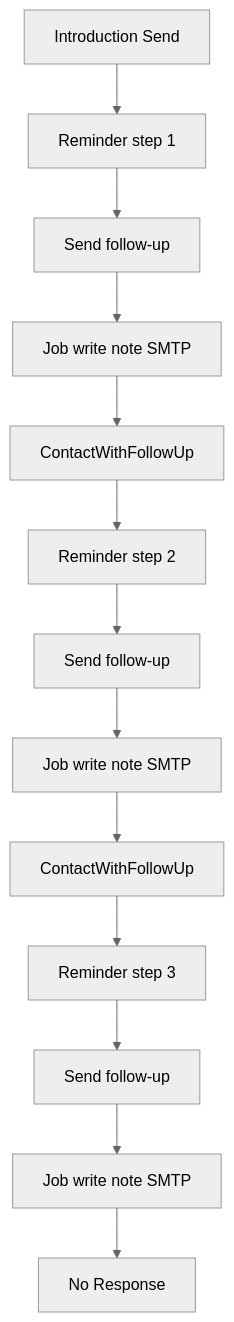
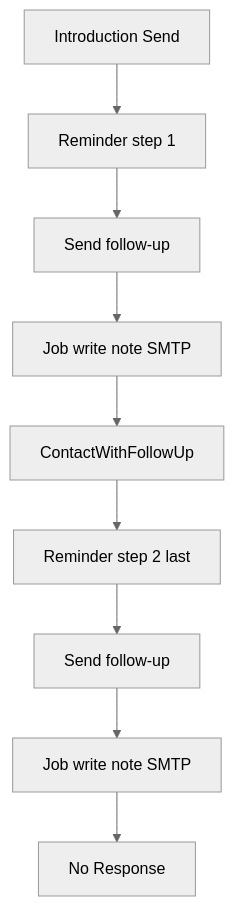
Before and after one commit to rogerio-pereira/CRM_AI: the diagram in docs/FDRs/ToDo/FDR-021-follow-up-email-sequence.md, drawn with Mermaid (neutral theme). The commit also changed other lines of this file and 6 other files, not shown here.

First line of the commit message:
docs(fdr): shorten follow-up sequence to two emails

````diff
--- a/docs/FDRs/ToDo/FDR-021-follow-up-email-sequence.md
+++ b/docs/FDRs/ToDo/FDR-021-follow-up-email-sequence.md
@@ -81,29 +80,21 @@
 ```mermaid
 flowchart TD
   intro[Introduction Send]
   fu1[Reminder step 1]
   click1[Send follow-up]
   job1[Job write note SMTP]
   ev1[ContactWithFollowUp]
-  fu2[Reminder step 2]
+  fu2[Reminder step 2 last]
   click2[Send follow-up]
   job2[Job write note SMTP]
-  ev2[ContactWithFollowUp]
-  fu3[Reminder step 3]
-  click3[Send follow-up]
-  job3[Job write note SMTP]
   nr[No Response]
 
   intro --> fu1
   fu1 --> click1
   click1 --> job1
   job1 --> ev1
   ev1 --> fu2
   fu2 --> click2
   click2 --> job2
-  job2 --> ev2
-  ev2 --> fu3
-  fu3 --> click3
-  click3 --> job3
-  job3 --> nr
+  job2 --> nr
 ```
````
